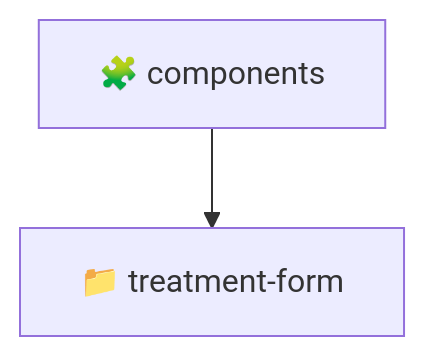
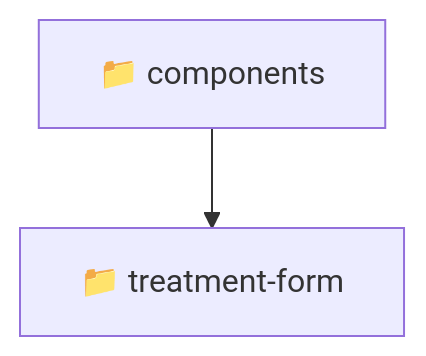
Before and after one commit to beginwebdev2002/fullstack-mavluda: the diagram in frontend/src/pages/treatments/components/README.md, drawn with Mermaid. The commit also changed other lines of this file and 159 other files, not shown here.

````diff
--- a/frontend/src/pages/treatments/components/README.md
+++ b/frontend/src/pages/treatments/components/README.md
@@ -11,5 +11,5 @@
 ```mermaid
 graph TD
-  components["🧩 components"]
-  components --> components_treatment_form["📁 treatment-form"]
+  Root["📁 components"]
+  Root --> treatment-form["📁 treatment-form"]
 ```
````
